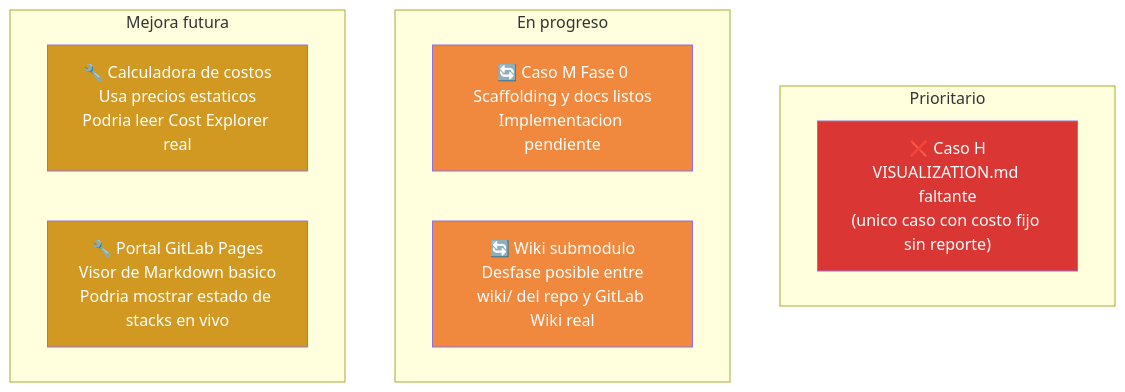
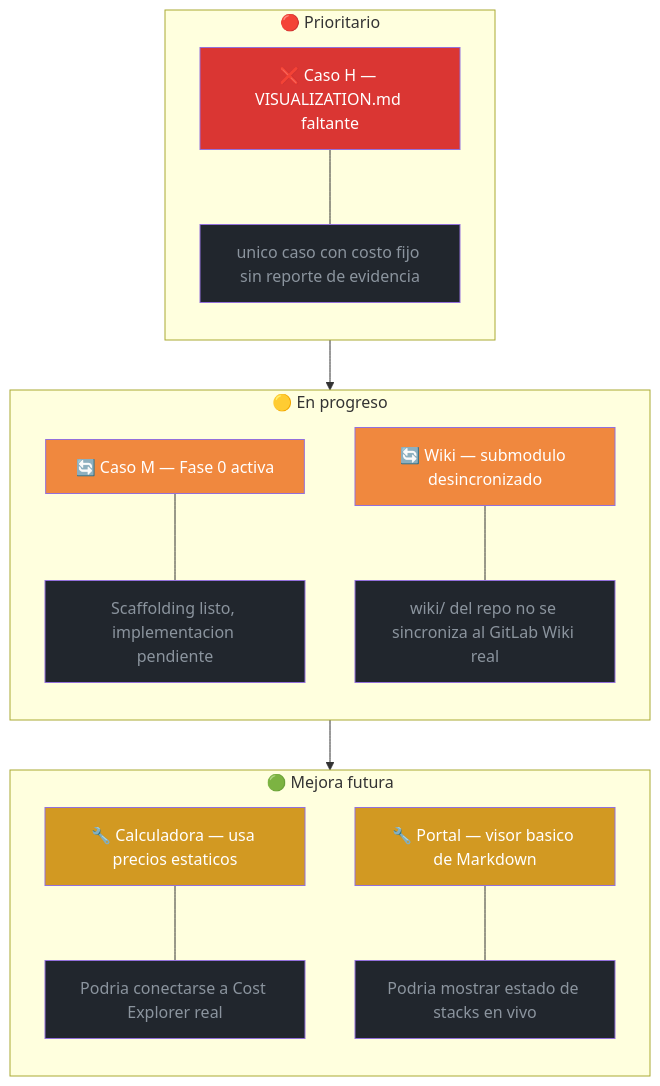
One commit to vladimiracunadev-create/proyectos-aws changed the fourth of 7 diagrams in docs/ESTADO_Y_ROADMAP.md. Above: the diagram before and after it, drawn with Mermaid. The commit also changed other lines of this file and 4 other files, not shown here.

First line of the commit message:
feat(docs): add AWS certification roadmap and fix ESTADO_Y_ROADMAP diagrams

````diff
--- a/docs/ESTADO_Y_ROADMAP.md
+++ b/docs/ESTADO_Y_ROADMAP.md
@@ -192,22 +192,42 @@
 ```mermaid
-flowchart TD
-    subgraph CRITICO["Prioritario"]
-        G1["❌ Caso H\nVISUALIZATION.md faltante\n(unico caso con costo fijo sin reporte)"]
+flowchart TB
+    subgraph CRITICO["🔴 Prioritario"]
+        direction TB
+        G1["❌ Caso H — VISUALIZATION.md faltante"]
+        G1N["unico caso con costo fijo sin reporte de evidencia"]
+        G1 --- G1N
     end
 
-    subgraph MEDIO["En progreso"]
-        G2["🔄 Caso M Fase 0\nScaffolding y docs listos\nImplementacion pendiente"]
-        G3["🔄 Wiki submodulo\nDesfase posible entre\nwiki/ del repo y GitLab Wiki real"]
+    subgraph MEDIO["🟡 En progreso"]
+        direction TB
+        G2["🔄 Caso M — Fase 0 activa"]
+        G2N["Scaffolding listo, implementacion pendiente"]
+        G3["🔄 Wiki — submodulo desincronizado"]
+        G3N["wiki/ del repo no se sincroniza al GitLab Wiki real"]
+        G2 --- G2N
+        G3 --- G3N
     end
 
-    subgraph BAJO["Mejora futura"]
-        G4["🔧 Calculadora de costos\nUsa precios estaticos\nPodria leer Cost Explorer real"]
-        G5["🔧 Portal GitLab Pages\nVisor de Markdown basico\nPodria mostrar estado de stacks en vivo"]
+    subgraph BAJO["🟢 Mejora futura"]
+        direction TB
+        G4["🔧 Calculadora — usa precios estaticos"]
+        G4N["Podria conectarse a Cost Explorer real"]
+        G5["🔧 Portal — visor basico de Markdown"]
+        G5N["Podria mostrar estado de stacks en vivo"]
+        G4 --- G4N
+        G5 --- G5N
     end
+
+    CRITICO --> MEDIO --> BAJO
 
     style G1 fill:#da3633,color:#fff
     style G2 fill:#f0883e,color:#fff
     style G3 fill:#f0883e,color:#fff
     style G4 fill:#d29922,color:#fff
     style G5 fill:#d29922,color:#fff
+    style G1N fill:#21262d,color:#8b949e
+    style G2N fill:#21262d,color:#8b949e
+    style G3N fill:#21262d,color:#8b949e
+    style G4N fill:#21262d,color:#8b949e
+    style G5N fill:#21262d,color:#8b949e
 ```
````
